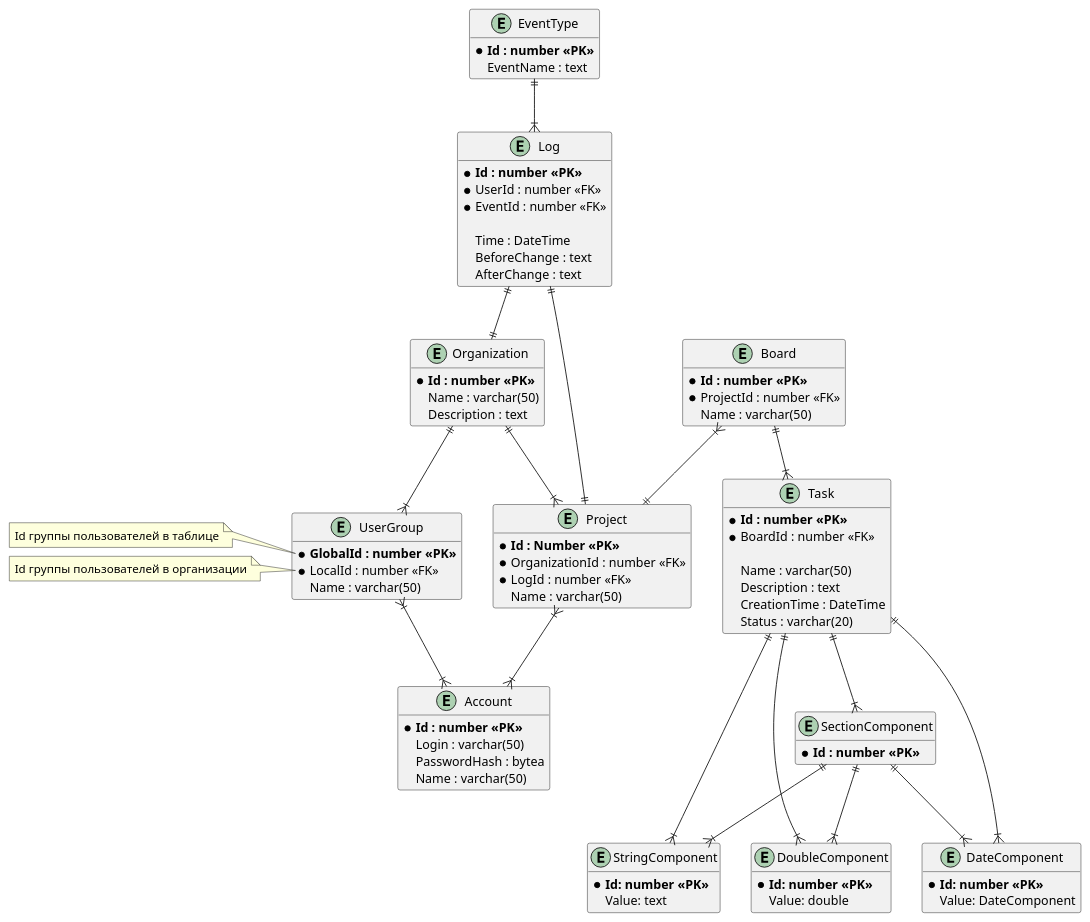
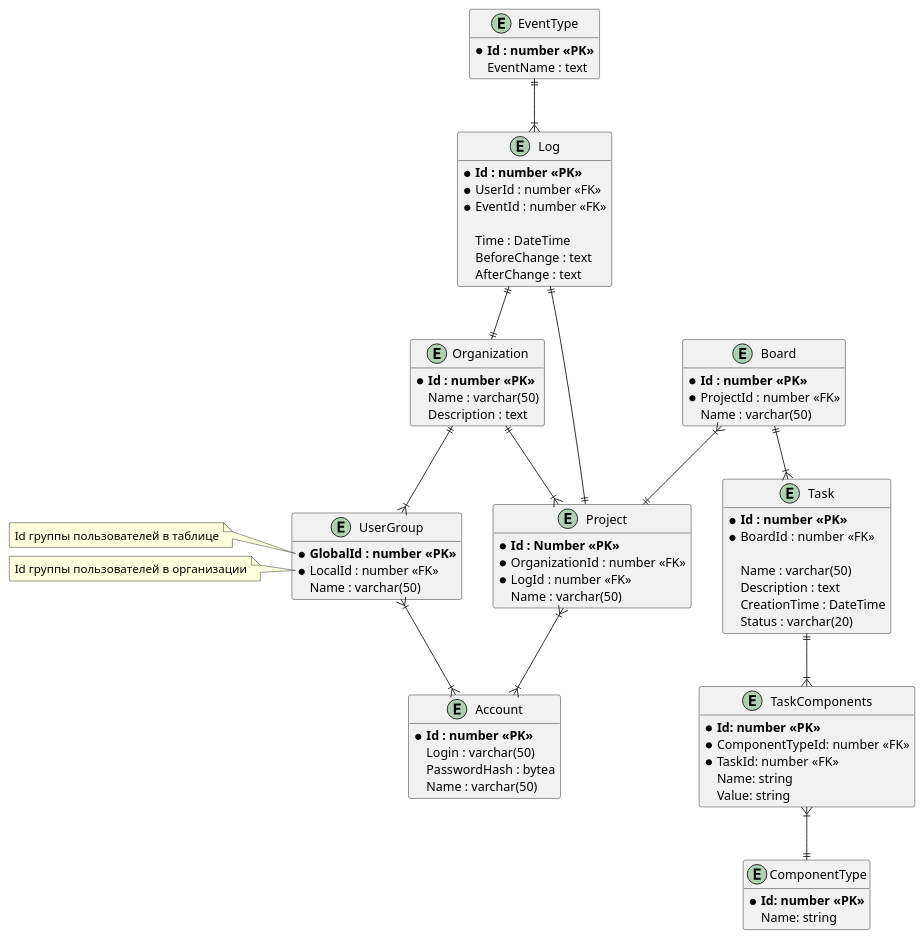
The diagram in doc/diagrams/database er.puml (HandsAndKeyboards/TFlic), drawn with PlantUML before and after one commit.

Commit message:
изменена организация хранения задач в бд

```diff
--- a/doc/diagrams/database er.puml
+++ b/doc/diagrams/database er.puml
@@ -1,121 +1,106 @@
 @startuml "Диаграмма сущностей TFlick"
 'https://plantuml.com/class-diagram
 
 hide methods
 
 ''''''''''''''''DEFAULT''''''''''''
 
 entity Account {
     * **Id : number <<PK>>**
     {field} Login : varchar(50)
     {field} PasswordHash : bytea
     {field} Name : varchar(50)
 }   
 
 entity UserGroup {
     * **GlobalId : number <<PK>>**
     * LocalId : number <<FK>>
     {field} Name : varchar(50)
 }
 UserGroup }|--|{ Account
 note left of UserGroup::GlobalId
     Id группы пользователей в таблице
 end note 
 note left of UserGroup::LocalId
     Id группы пользователей в организации
 end note 
 
 entity Organization {
     * **Id : number <<PK>>**
     {field} Name : varchar(50)
     {field} Description : text
 }
 Organization ||--|{ UserGroup
 
 entity Project {
     * **Id : Number <<PK>>**
     * OrganizationId : number <<FK>>
     * LogId : number <<FK>>
     {field} Name : varchar(50)
 }
 Organization ||--|{ Project
 Project }|--|{ Account
 
 entity Board {
     * **Id : number <<PK>>**
     * ProjectId : number <<FK>>
     {field} Name : varchar(50)
 } 
 
 Board }|--|| Project
 
 entity Task {
     * **Id : number <<PK>>**
     * BoardId : number <<FK>>
 
     {field} Name : varchar(50)
     Description : text
     CreationTime : DateTime
     {field} Status : varchar(20)
 }
 Board ||--|{ Task
 
 ''''''''''''''''COMPONENTS''''''''''''
 
-entity SectionComponent
-{
-    * **Id : number <<PK>>**
-
-}
-Task||--|{ SectionComponent
-
-
-entity StringComponent
+entity ComponentType
 {
     * **Id: number <<PK>>**
-    Value: text
+    Name: string
 }
-Task ||--|{ StringComponent
-SectionComponent ||--|{ StringComponent
 
-entity DoubleComponent
+entity TaskComponents
 {
     * **Id: number <<PK>>**
-    Value: double
-}
-Task ||--|{ DoubleComponent 
-SectionComponent ||--|{ DoubleComponent
-
-
-entity DateComponent
-{
-    * **Id: number <<PK>>**
-    Value: DateComponent
+    * ComponentTypeId: number <<FK>>
+    * TaskId: number <<FK>>
+    Name: string
+    Value: string
 }
 
-Task ||--|{ DateComponent
-SectionComponent ||--|{ DateComponent
+Task ||--|{ TaskComponents
+
+TaskComponents }|--|| ComponentType
 
 
 ''''''''''''''''LOGGING'''''''''''''
 
 entity Log {
     * **Id : number <<PK>>**
     * UserId : number <<FK>>
     * EventId : number <<FK>>
 
     Time : DateTime 
     BeforeChange : text
     AfterChange : text
 }
 
 entity EventType {
     * **Id : number <<PK>>**
     EventName : text
 }
 
 EventType ||--|{ Log
 Log ||--|| Organization
 Log ||--|| Project
 
 @enduml
```
